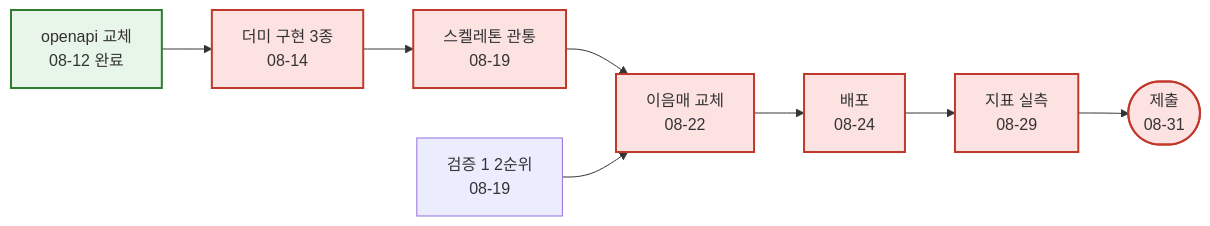
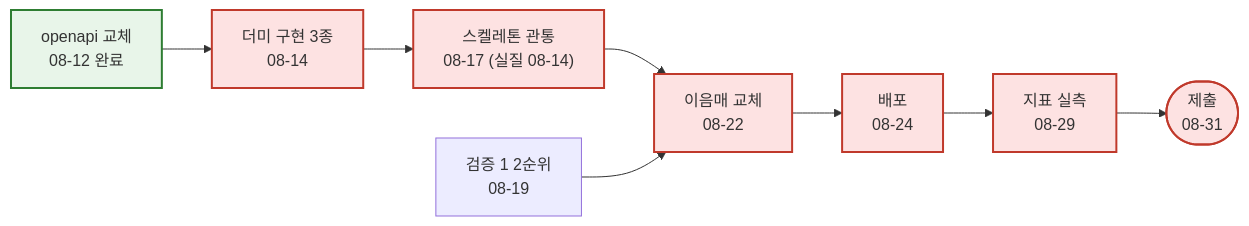
Before and after one commit to Codeit-AI10-Part4-3Team/AI10-Part4-3Team-Advanced-Project: the second of 2 diagrams in docs/역할_일정/00-overall.md, drawn with Mermaid. The commit also changed other lines of this file and 9 other files, not shown here.

````diff
--- a/docs/역할_일정/00-overall.md
+++ b/docs/역할_일정/00-overall.md
@@ -140,19 +236,19 @@
 ```mermaid
 flowchart LR
     CONTRACT["openapi 교체<br/>08-12 완료"]
     DUMMY["더미 구현 3종<br/>08-14"]
-    SKEL["스켈레톤 관통<br/>08-19"]
+    SKEL["스켈레톤 관통<br/>08-17 (실질 08-14)"]
     V1["검증 1 2순위<br/>08-19"]
     SWAP["이음매 교체<br/>08-22"]
     DEPLOY["배포<br/>08-24"]
     MEASURE["지표 실측<br/>08-29"]
     SUBMIT(["제출<br/>08-31"])
 
     CONTRACT --> DUMMY --> SKEL --> SWAP --> DEPLOY --> MEASURE --> SUBMIT
     V1 --> SWAP
 
     classDef crit fill:#fde2e2,stroke:#c0392b,stroke-width:2px
     classDef done fill:#e8f5e9,stroke:#2e7d32,stroke-width:2px
     class DUMMY,SKEL,SWAP,DEPLOY,MEASURE,SUBMIT crit
     class CONTRACT done
 ```
````
